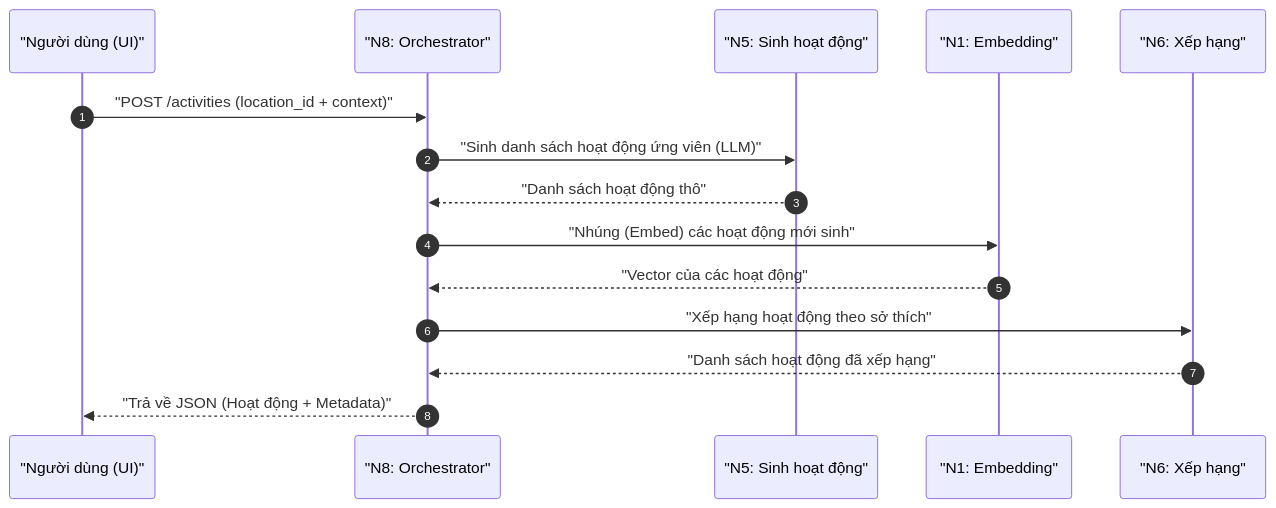
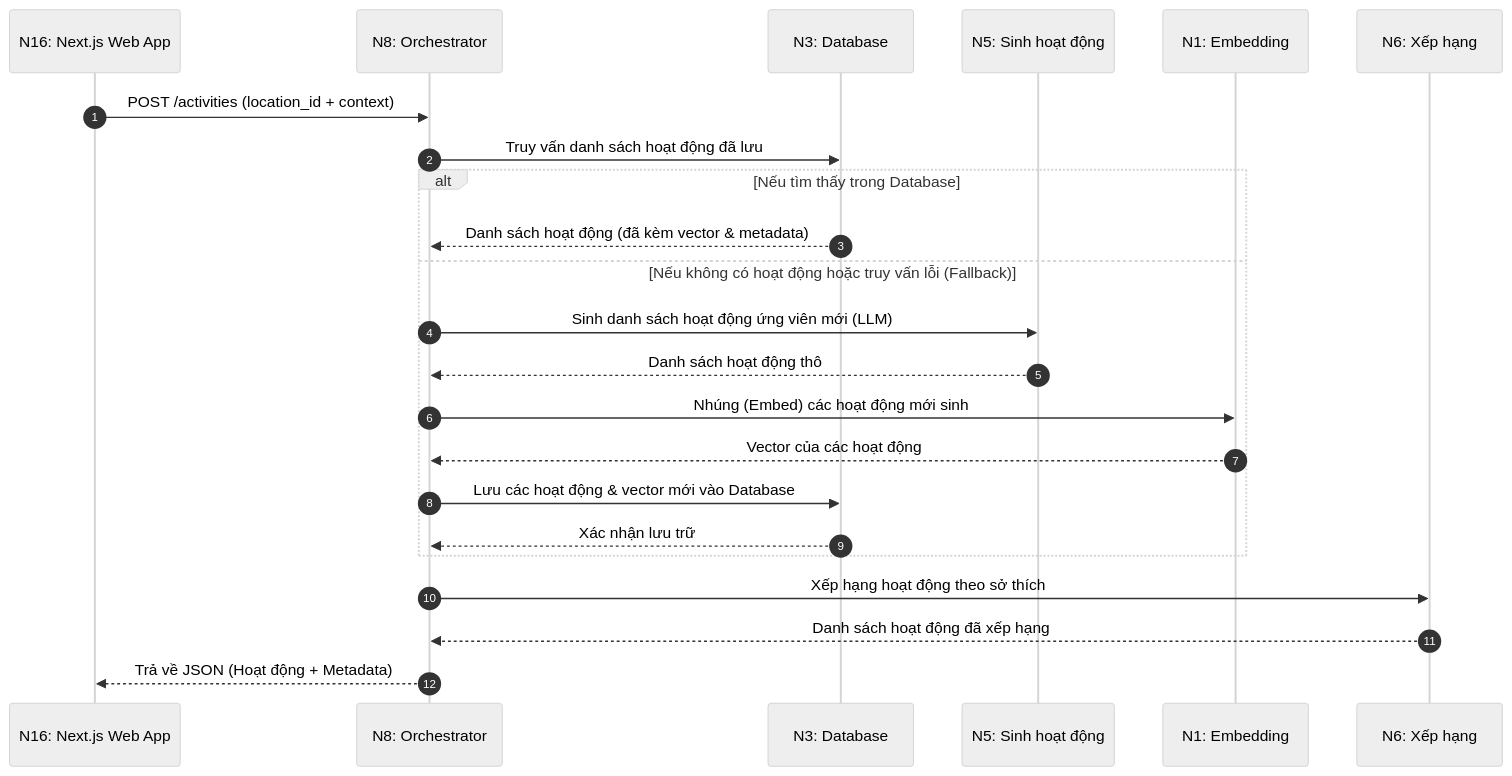
Before and after one commit to ltk6/travel-exp-planner: the third of 6 diagrams in docs/modules/n8_orchestrator.md, drawn with Mermaid. The commit also changed other lines of this file and 70 other files, not shown here.

````diff
--- a/docs/modules/n8_orchestrator.md
+++ b/docs/modules/n8_orchestrator.md
@@ -187,23 +231,27 @@
 ```mermaid
----
-config:
-  flowchart:
-    useMaxWidth: false
----
+%%{init: { 'theme': 'neutral', 'themeVariables': { 'actorTextColor': '#000000', 'signalTextColor': '#000000', 'noteTextColor': '#000000' } }}%%
 sequenceDiagram
     autonumber
-    participant "Client" as "Người dùng (UI)"
-    participant "N8" as "N8: Orchestrator"
-    participant "N5" as "N5: Sinh hoạt động"
-    participant "N1" as "N1: Embedding"
-    participant "N6" as "N6: Xếp hạng"
+    participant N16 as N16: Next.js Web App
+    participant N8 as N8: Orchestrator
+    participant N3 as N3: Database
+    participant N5 as N5: Sinh hoạt động
+    participant N1 as N1: Embedding
+    participant N6 as N6: Xếp hạng
 
-    "Client"->>"N8": "POST /activities (location_id + context)"
-    "N8"->>"N5": "Sinh danh sách hoạt động ứng viên (LLM)"
-    "N5"-->>"N8": "Danh sách hoạt động thô"
-    "N8"->>"N1": "Nhúng (Embed) các hoạt động mới sinh"
-    "N1"-->>"N8": "Vector của các hoạt động"
-    "N8"->>"N6": "Xếp hạng hoạt động theo sở thích"
-    "N6"-->>"N8": "Danh sách hoạt động đã xếp hạng"
-    "N8"-->>"Client": "Trả về JSON (Hoạt động + Metadata)"
+    N16->>N8: POST /activities (location_id + context)
+    N8->>N3: Truy vấn danh sách hoạt động đã lưu
+    alt Nếu tìm thấy trong Database
+        N3-->>N8: Danh sách hoạt động (đã kèm vector & metadata)
+    else Nếu không có hoạt động hoặc truy vấn lỗi (Fallback)
+        N8->>N5: Sinh danh sách hoạt động ứng viên mới (LLM)
+        N5-->>N8: Danh sách hoạt động thô
+        N8->>N1: Nhúng (Embed) các hoạt động mới sinh
+        N1-->>N8: Vector của các hoạt động
+        N8->>N3: Lưu các hoạt động & vector mới vào Database
+        N3-->>N8: Xác nhận lưu trữ
+    end
+    N8->>N6: Xếp hạng hoạt động theo sở thích
+    N6-->>N8: Danh sách hoạt động đã xếp hạng
+    N8-->>N16: Trả về JSON (Hoạt động + Metadata)
 ```
````
